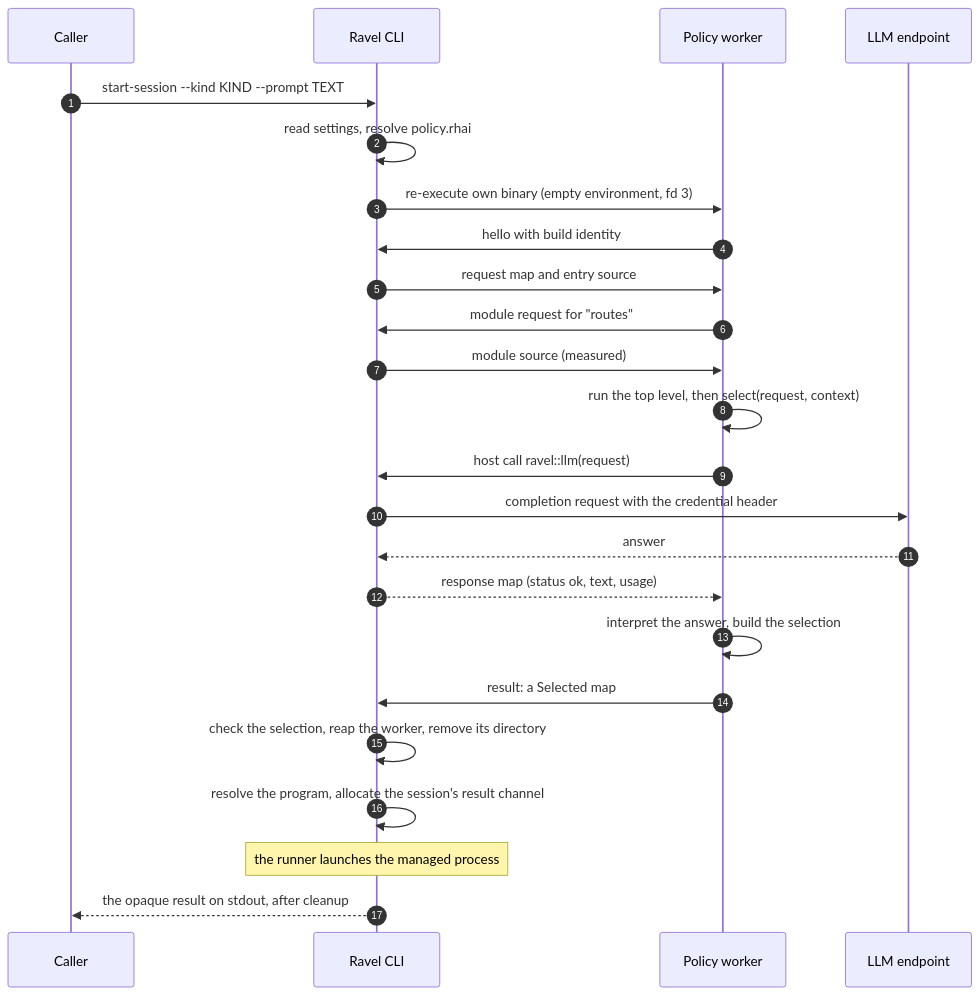
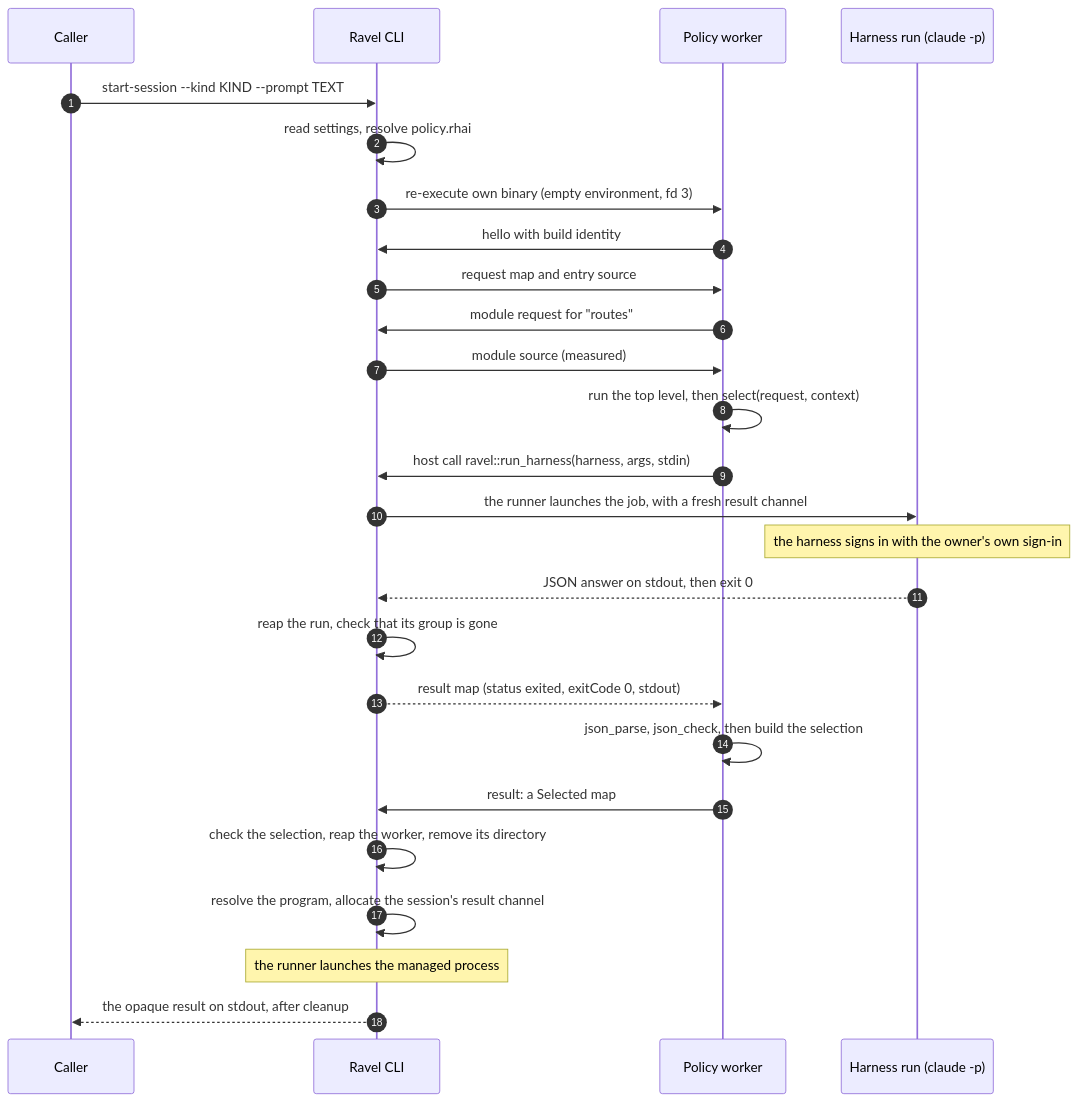
One commit to Linkuistics/Ravel changed the diagram in docs/design/rhai-policy/evaluation-sequence.mmd. Above: the diagram before and after it, drawn with Mermaid. The commit also changed 18 other files, not shown here.

First line of the commit message:
llm-calls-through-harnesses-k58: an LLM call is a harness run of Claude Code or Codex with the owner's sign-in, and ravel::llm and Rig leave the spec

```diff
--- a/docs/design/rhai-policy/evaluation-sequence.mmd
+++ b/docs/design/rhai-policy/evaluation-sequence.mmd
@@ -1,24 +1,26 @@
 sequenceDiagram
   autonumber
   participant C as Caller
   participant R as Ravel CLI
   participant W as Policy worker
-  participant E as LLM endpoint
+  participant H as Harness run (claude -p)
   C->>R: start-session --kind KIND --prompt TEXT
   R->>R: read settings, resolve policy.rhai
   R->>W: re-execute own binary (empty environment, fd 3)
   W->>R: hello with build identity
   R->>W: request map and entry source
   W->>R: module request for "routes"
   R->>W: module source (measured)
   W->>W: run the top level, then select(request, context)
-  W->>R: host call ravel::llm(request)
-  R->>E: completion request with the credential header
-  E-->>R: answer
-  R-->>W: response map (status ok, text, usage)
-  W->>W: interpret the answer, build the selection
+  W->>R: host call ravel::run_harness(harness, args, stdin)
+  R->>H: the runner launches the job, with a fresh result channel
+  Note over H: the harness signs in with the owner's own sign-in
+  H-->>R: JSON answer on stdout, then exit 0
+  R->>R: reap the run, check that its group is gone
+  R-->>W: result map (status exited, exitCode 0, stdout)
+  W->>W: json_parse, json_check, then build the selection
   W->>R: result: a Selected map
   R->>R: check the selection, reap the worker, remove its directory
   R->>R: resolve the program, allocate the session's result channel
   Note over R: the runner launches the managed process
   R-->>C: the opaque result on stdout, after cleanup
```
